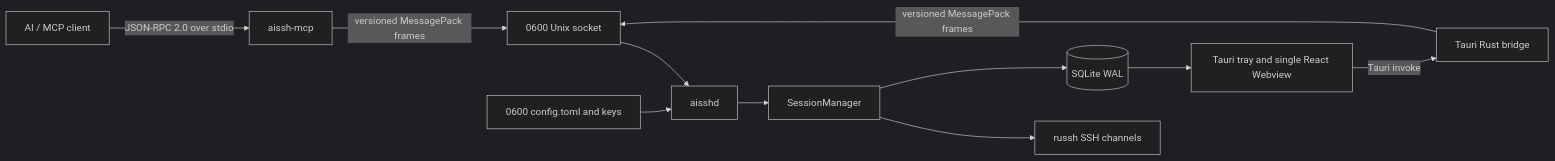
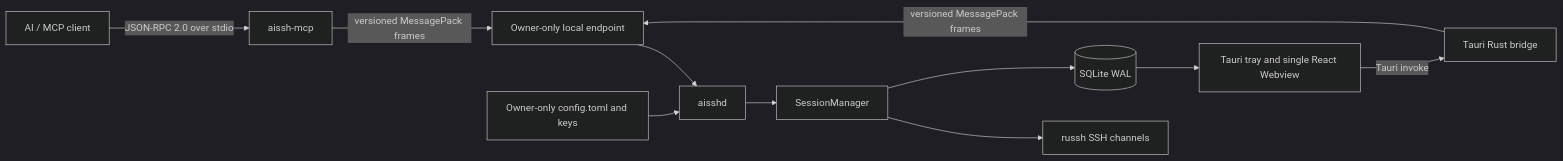
Before and after one commit to j7ur8/AI_SSH: the diagram in AI/ARCHITECTURE.md, drawn with Mermaid (dark theme). The commit also changed other lines of this file and 27 other files, not shown here.

````diff
--- a/AI/ARCHITECTURE.md
+++ b/AI/ARCHITECTURE.md
@@ -10,13 +10,13 @@
 ```mermaid
 flowchart LR
     Client[AI / MCP client] -->|JSON-RPC 2.0 over stdio| MCP[aissh-mcp]
     Desktop[Tauri tray and single React Webview] -->|Tauri invoke| Bridge[Tauri Rust bridge]
-    MCP -->|versioned MessagePack frames| Socket[0600 Unix socket]
+    MCP -->|versioned MessagePack frames| Socket[Owner-only local endpoint]
     Bridge -->|versioned MessagePack frames| Socket
     Socket --> Daemon[aisshd]
     Daemon --> Sessions[SessionManager]
     Sessions --> SSH[russh SSH channels]
     Sessions --> DB[(SQLite WAL)]
-    Config[0600 config.toml and keys] --> Daemon
+    Config[Owner-only config.toml and keys] --> Daemon
     DB --> Desktop
 ```
````
